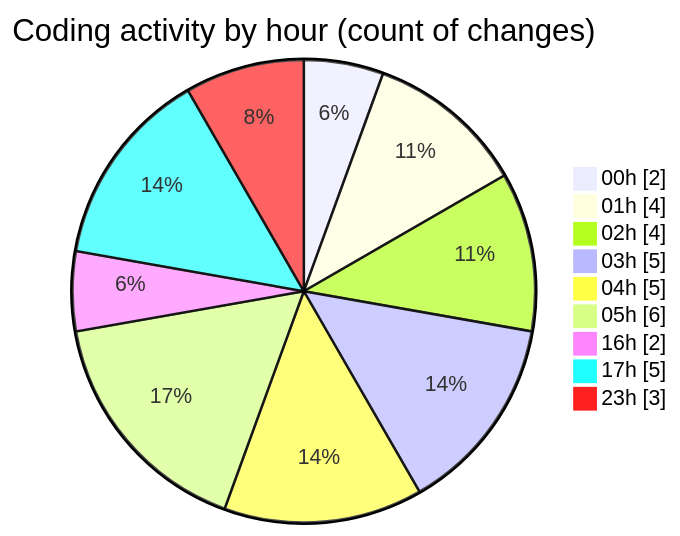
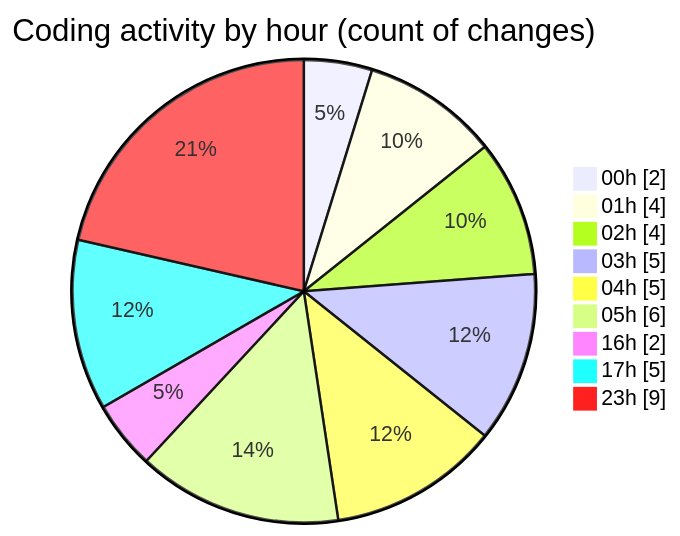
The second of 2 diagrams in 2025-08-08/studybuddy/README.md (lephambinh05/code-tracking), drawn with Mermaid before and after one commit. The commit also changed other lines of this file and 1 other file, not shown here.

````diff
--- a/2025-08-08/studybuddy/README.md
+++ b/2025-08-08/studybuddy/README.md
@@ -43,13 +45,13 @@
 ```mermaid
 pie showData
 title Coding activity by hour (count of changes)
 "00h" : 2
 "01h" : 4
 "02h" : 4
 "03h" : 5
 "04h" : 5
 "05h" : 6
 "16h" : 2
 "17h" : 5
-"23h" : 3
+"23h" : 9
 ```
````
